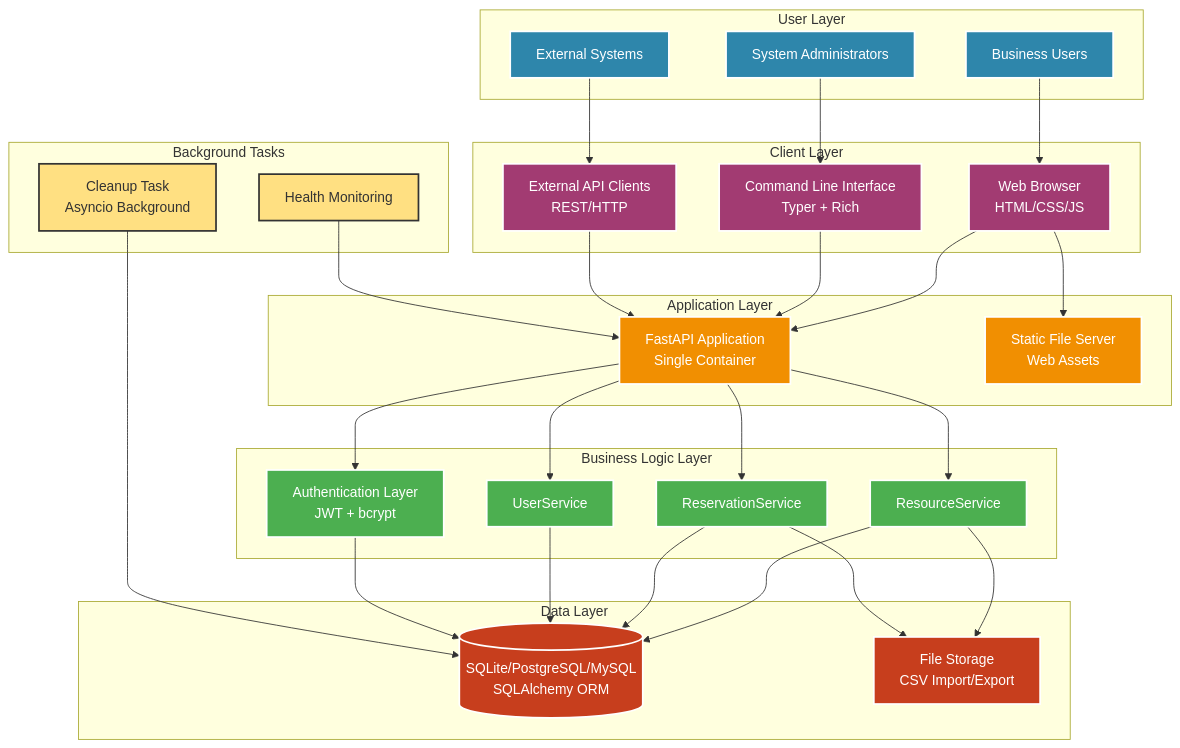
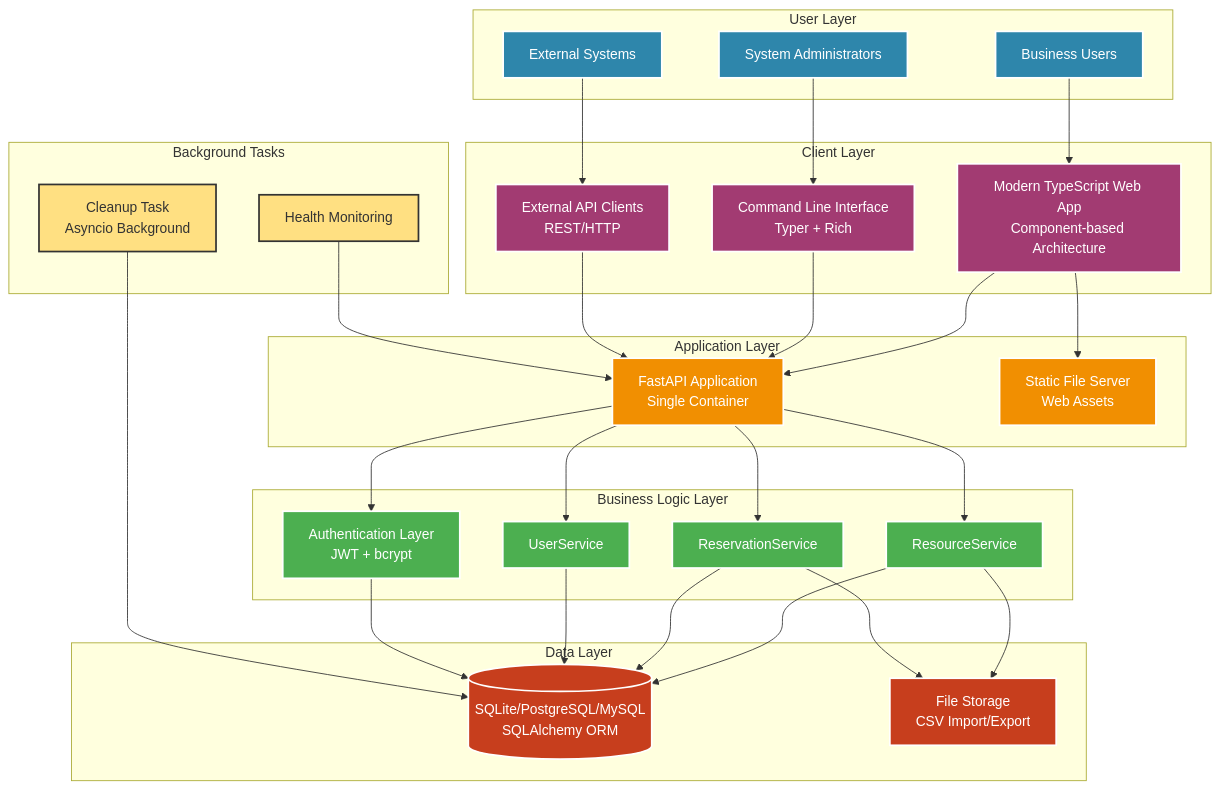
Before and after one commit to sylvester-francis/Resource-Reserver: the first of 4 diagrams in architecture.md, drawn with Mermaid. The commit also changed other lines of this file and 36 other files, not shown here.

Commit message:
Change architecture of frontend from simple js to modernized frameworks

````diff
--- a/architecture.md
+++ b/architecture.md
@@ -5,81 +5,81 @@
 ```mermaid
 graph TB
     subgraph "User Layer"
         U1[Business Users]
         U2[System Administrators]
         U3[External Systems]
     end
     
     subgraph "Client Layer"
-        WEB[Web Browser<br/>HTML/CSS/JS]
+        WEB[Modern TypeScript Web App<br/>Component-based Architecture]
         CLI[Command Line Interface<br/>Typer + Rich]
         API[External API Clients<br/>REST/HTTP]
     end
     
     subgraph "Application Layer"
         FASTAPI[FastAPI Application<br/>Single Container]
         STATIC[Static File Server<br/>Web Assets]
     end
     
     subgraph "Business Logic Layer"
         RS[ResourceService]
         ReS[ReservationService]  
         US[UserService]
         AUTH[Authentication Layer<br/>JWT + bcrypt]
     end
     
     subgraph "Data Layer"
         DB[(SQLite/PostgreSQL/MySQL<br/>SQLAlchemy ORM)]
         FS[File Storage<br/>CSV Import/Export]
     end
     
     subgraph "Background Tasks"
         CLEANUP[Cleanup Task<br/>Asyncio Background]
         HEALTH[Health Monitoring]
     end
     
     %% User connections
     U1 --> WEB
     U2 --> CLI
     U3 --> API
     
     %% Client to application
     WEB --> FASTAPI
     WEB --> STATIC
     CLI --> FASTAPI
     API --> FASTAPI
     
     %% Application to services
     FASTAPI --> RS
     FASTAPI --> ReS
     FASTAPI --> US
     FASTAPI --> AUTH
     
     %% Services to data
     RS --> DB
     ReS --> DB
     US --> DB
     AUTH --> DB
     
     RS --> FS
     ReS --> FS
     
     %% Background tasks
     CLEANUP --> DB
     HEALTH --> FASTAPI
     
     %% Styling
     classDef userClass fill:#2E86AB,stroke:#fff,stroke-width:2px,color:#fff
     classDef clientClass fill:#A23B72,stroke:#fff,stroke-width:2px,color:#fff
     classDef appClass fill:#F18F01,stroke:#fff,stroke-width:2px,color:#fff
     classDef serviceClass fill:#4CAF50,stroke:#fff,stroke-width:2px,color:#fff
     classDef dataClass fill:#C73E1D,stroke:#fff,stroke-width:2px,color:#fff
     classDef bgClass fill:#FFE082,stroke:#333,stroke-width:2px
     
     class U1,U2,U3 userClass
     class WEB,CLI,API clientClass
     class FASTAPI,STATIC appClass
     class RS,ReS,US,AUTH serviceClass
     class DB,FS dataClass
     class CLEANUP,HEALTH bgClass
 ```
````
